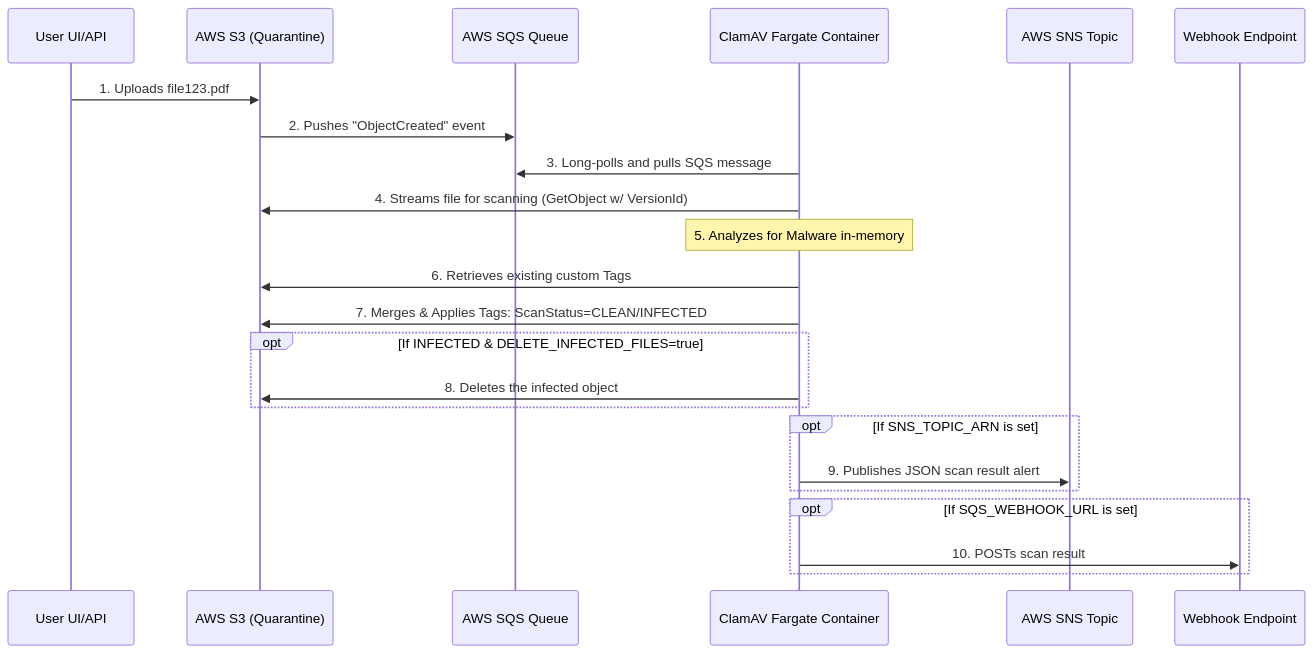
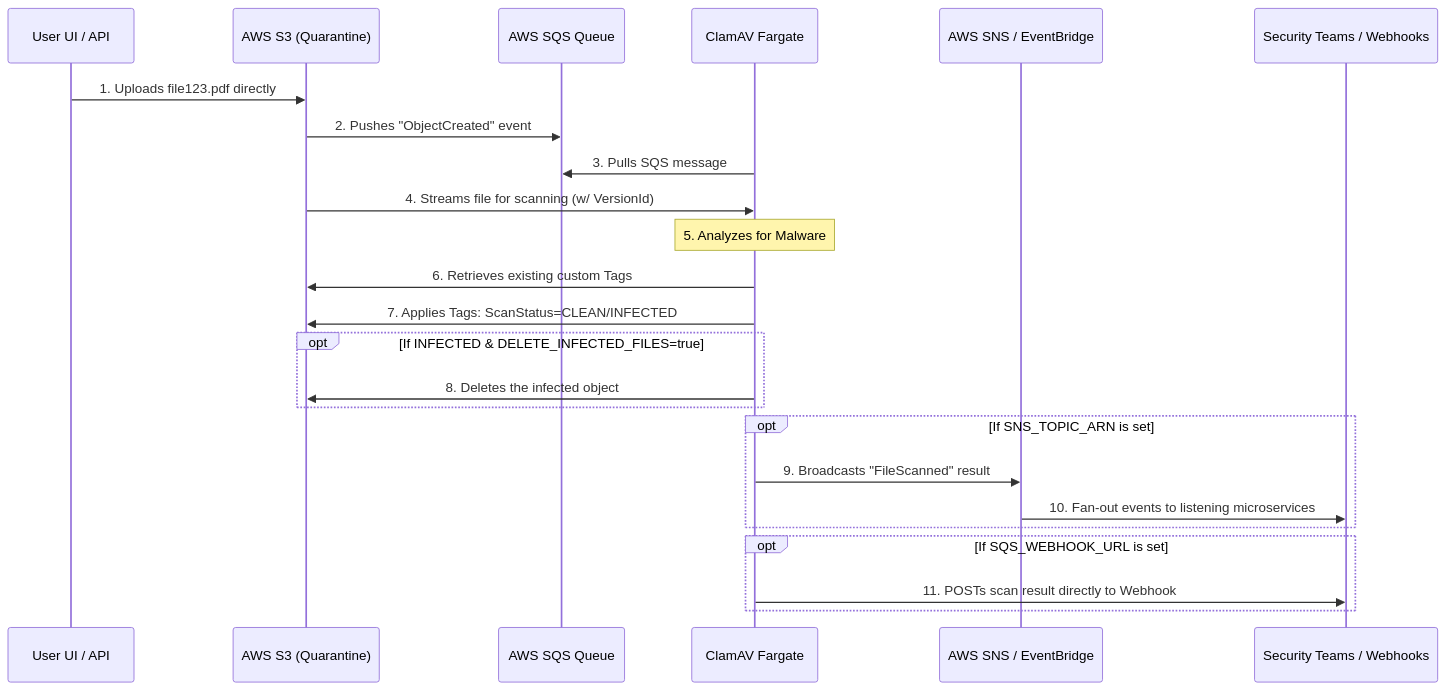
The diagram in README.md (amithalder21/clamav-restapi), drawn with Mermaid before and after one commit.

Commit message:
docs: Refine architecture diagram to match EventBridge and Backend Fan-out flow

````diff
--- a/README.md
+++ b/README.md
@@ -188,26 +188,27 @@
 ```mermaid
 sequenceDiagram
-    participant User as User UI/API
+    participant User as User UI / API
     participant S3 as AWS S3 (Quarantine)
     participant SQS as AWS SQS Queue
-    participant ClamAV as ClamAV Fargate Container
-    participant SNS as AWS SNS Topic
-    participant Webhook as Webhook Endpoint
+    participant ClamAV as ClamAV Fargate
+    participant SNS as AWS SNS / EventBridge
+    participant Backend as Security Teams / Webhooks
 
-    User->>S3: 1. Uploads file123.pdf
+    User->>S3: 1. Uploads file123.pdf directly
     S3->>SQS: 2. Pushes "ObjectCreated" event
-    ClamAV->>SQS: 3. Long-polls and pulls SQS message
-    ClamAV->>S3: 4. Streams file for scanning (GetObject w/ VersionId)
-    Note over ClamAV: 5. Analyzes for Malware in-memory
+    ClamAV->>SQS: 3. Pulls SQS message
+    S3->>ClamAV: 4. Streams file for scanning (w/ VersionId)
+    Note over ClamAV: 5. Analyzes for Malware
     ClamAV->>S3: 6. Retrieves existing custom Tags
-    ClamAV->>S3: 7. Merges & Applies Tags: ScanStatus=CLEAN/INFECTED
+    ClamAV->>S3: 7. Applies Tags: ScanStatus=CLEAN/INFECTED
     opt If INFECTED & DELETE_INFECTED_FILES=true
         ClamAV->>S3: 8. Deletes the infected object
     end
     opt If SNS_TOPIC_ARN is set
-        ClamAV->>SNS: 9. Publishes JSON scan result alert
+        ClamAV->>SNS: 9. Broadcasts "FileScanned" result
+        SNS->>Backend: 10. Fan-out events to listening microservices
     end
     opt If SQS_WEBHOOK_URL is set
-        ClamAV->>Webhook: 10. POSTs scan result
+        ClamAV->>Backend: 11. POSTs scan result directly to Webhook
     end
 ```
````
